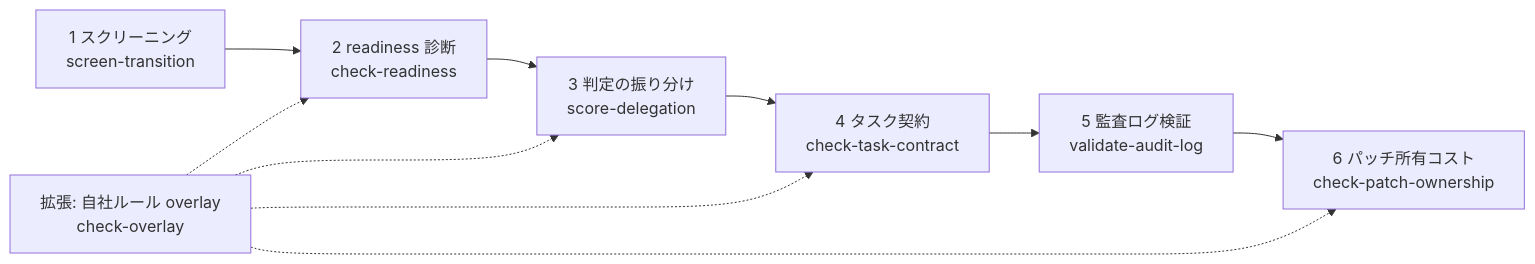
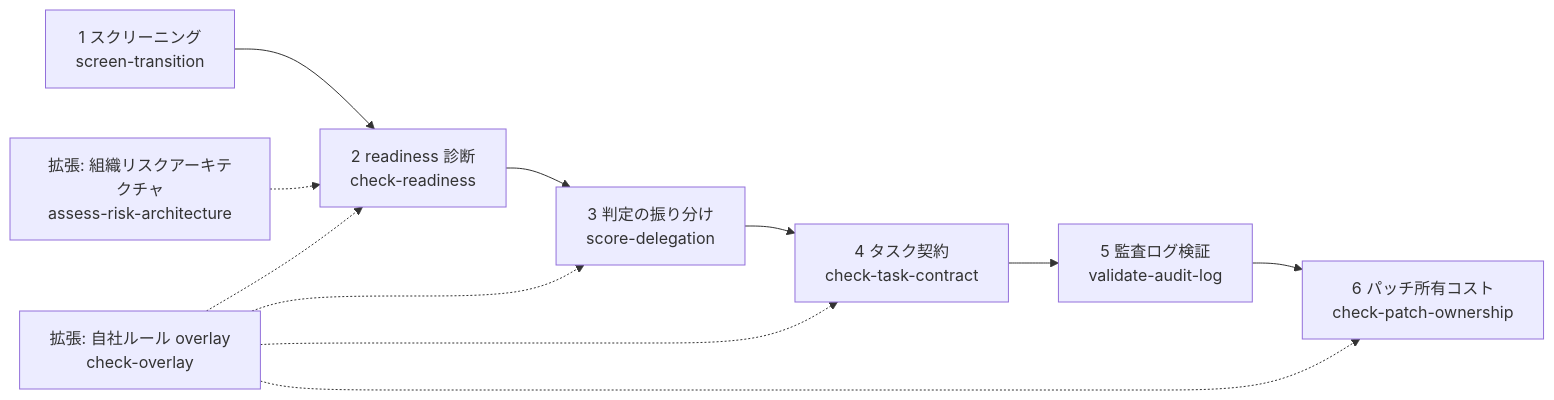
One commit to suwa-sh/ai-delegation-readiness changed the diagram in docs/00_overview.md. Above: the diagram before and after it, drawn with Mermaid. The commit also changed other lines of this file and 20 other files, not shown here.

First line of the commit message:
feat: add the organization risk-architecture adequacy lens

````diff
--- a/docs/00_overview.md
+++ b/docs/00_overview.md
@@ -34,12 +34,13 @@
 ```mermaid
 flowchart LR
     s1["1 スクリーニング<br/>screen-transition"] --> s2["2 readiness 診断<br/>check-readiness"]
     s2 --> s3["3 判定の振り分け<br/>score-delegation"]
     s3 --> s4["4 タスク契約<br/>check-task-contract"]
     s4 --> s5["5 監査ログ検証<br/>validate-audit-log"]
     s5 --> s6["6 パッチ所有コスト<br/>check-patch-ownership"]
     ov["拡張: 自社ルール overlay<br/>check-overlay"] -.-> s2
     ov -.-> s3
     ov -.-> s4
     ov -.-> s6
+    ra["拡張: 組織リスクアーキテクチャ<br/>assess-risk-architecture"] -.-> s2
 ```
````
